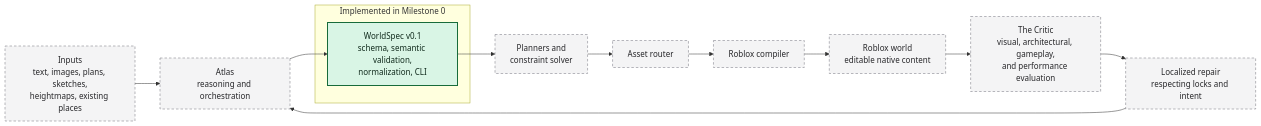
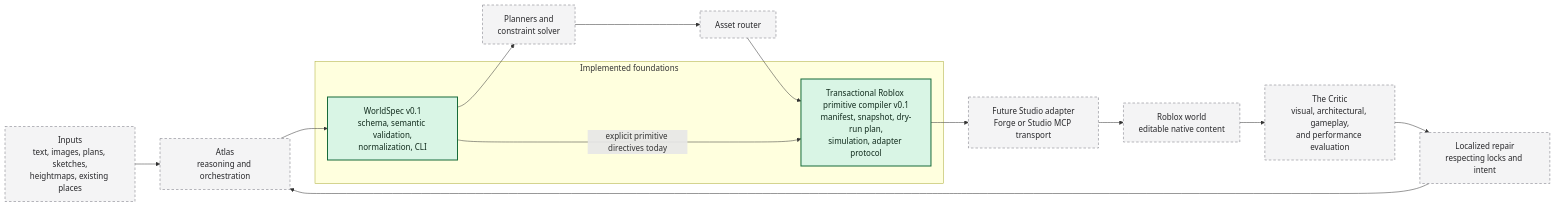
One commit to kotonja/Worldwright changed the diagram in docs/architecture/system-overview.md. Above: the diagram before and after it, drawn with Mermaid. The commit also changed other lines of this file and 58 other files, not shown here.

First line of the commit message:
Add transactional Roblox primitive compiler (#2)

````diff
--- a/docs/architecture/system-overview.md
+++ b/docs/architecture/system-overview.md
@@ -9,31 +16,34 @@
 ```mermaid
 flowchart LR
     Inputs["Inputs<br/>text, images, plans, sketches,<br/>heightmaps, existing places"]
     Atlas["Atlas<br/>reasoning and orchestration"]
 
-    subgraph Current["Implemented in Milestone 0"]
+    subgraph Current["Implemented foundations"]
         WorldSpec["WorldSpec v0.1<br/>schema, semantic validation,<br/>normalization, CLI"]
+        RobloxCompiler["Transactional Roblox primitive compiler v0.1<br/>manifest, snapshot, dry-run plan,<br/>simulation, adapter protocol"]
     end
 
     Planners["Planners and<br/>constraint solver"]
     Router["Asset router"]
-    Compiler["Roblox compiler"]
+    LiveAdapter["Future Studio adapter<br/>Forge or Studio MCP transport"]
     World["Roblox world<br/>editable native content"]
     Critic["The Critic<br/>visual, architectural, gameplay,<br/>and performance evaluation"]
     Repair["Localized repair<br/>respecting locks and intent"]
 
     Inputs --> Atlas
     Atlas --> WorldSpec
     WorldSpec --> Planners
     Planners --> Router
-    Router --> Compiler
-    Compiler --> World
+    Router --> RobloxCompiler
+    WorldSpec -->|"explicit primitive directives today"| RobloxCompiler
+    RobloxCompiler --> LiveAdapter
+    LiveAdapter --> World
     World --> Critic
     Critic --> Repair
     Repair --> Atlas
 
     classDef current fill:#d9f5e5,stroke:#176b3a,stroke-width:2px,color:#102a1c;
     classDef future fill:#f4f4f5,stroke:#71717a,stroke-dasharray:5 4,color:#27272a;
-    class WorldSpec current;
-    class Inputs,Atlas,Planners,Router,Compiler,World,Critic,Repair future;
+    class WorldSpec,RobloxCompiler current;
+    class Inputs,Atlas,Planners,Router,LiveAdapter,World,Critic,Repair future;
 ```
````
